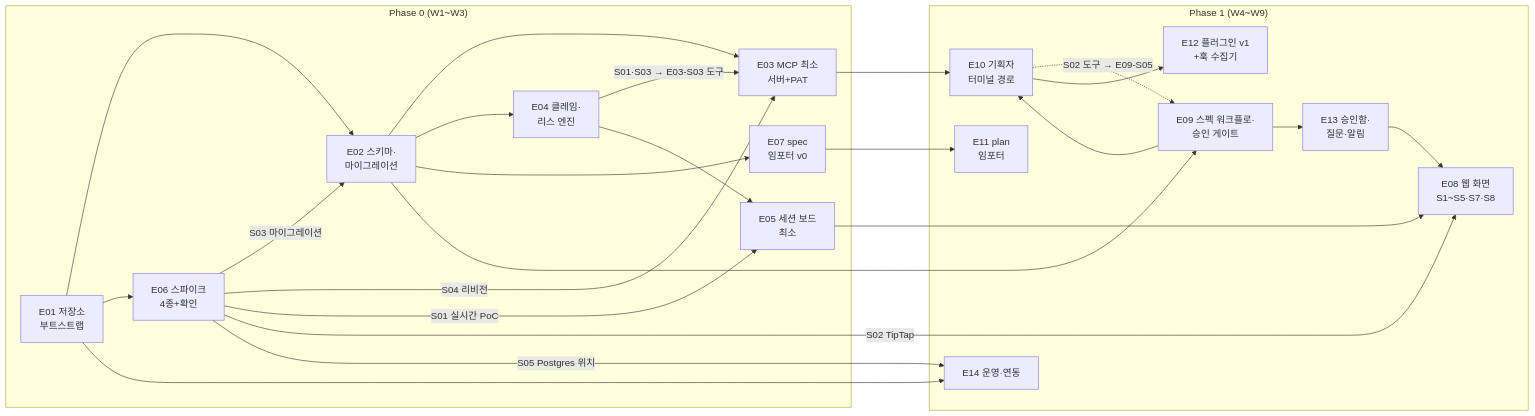
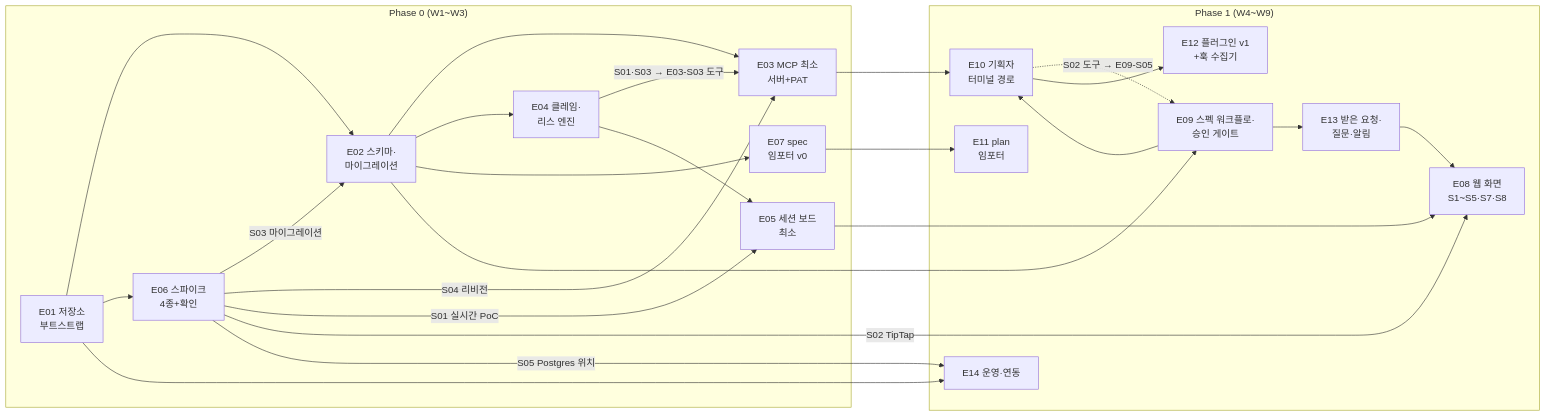
The diagram in docs/04-mvp/backlog.md (worker-ants/nerv), drawn with Mermaid before and after one commit. The commit also changed other lines of this file and 76 other files, not shown here.

````diff
--- a/docs/04-mvp/backlog.md
+++ b/docs/04-mvp/backlog.md
@@ -232,43 +232,43 @@
 ```mermaid
 flowchart LR
   subgraph P0["Phase 0 (W1~W3)"]
     E01["E01 저장소<br/>부트스트랩"]
     E02["E02 스키마·<br/>마이그레이션"]
     E03["E03 MCP 최소<br/>서버+PAT"]
     E04["E04 클레임·<br/>리스 엔진"]
     E05["E05 세션 보드<br/>최소"]
     E06["E06 스파이크<br/>4종+확인"]
     E07["E07 spec<br/>임포터 v0"]
   end
   subgraph P1["Phase 1 (W4~W9)"]
     E08["E08 웹 화면<br/>S1~S5·S7·S8"]
     E09["E09 스펙 워크플로·<br/>승인 게이트"]
     E10["E10 기획자<br/>터미널 경로"]
     E11["E11 plan<br/>임포터"]
     E12["E12 플러그인 v1<br/>+훅 수집기"]
-    E13["E13 승인함·<br/>질문·알림"]
+    E13["E13 받은 요청·<br/>질문·알림"]
     E14["E14 운영·연동"]
   end
   E01 --> E02
   E01 --> E06
   E06 -->|"S03 마이그레이션"| E02
   E06 -->|"S04 리비전"| E03
   E06 -->|"S01 실시간 PoC"| E05
   E06 -->|"S02 TipTap"| E08
   E06 -->|"S05 Postgres 위치"| E14
   E02 --> E03
   E02 --> E04
   E02 --> E07
   E04 -->|"S01·S03 → E03-S03 도구"| E03
   E04 --> E05
   E02 --> E09
   E05 --> E08
   E09 --> E10
   E03 --> E10
   E10 -.->|"S02 도구 → E09-S05"| E09
   E09 --> E13
   E13 --> E08
   E07 --> E11
   E10 --> E12
   E01 --> E14
 ```
````
